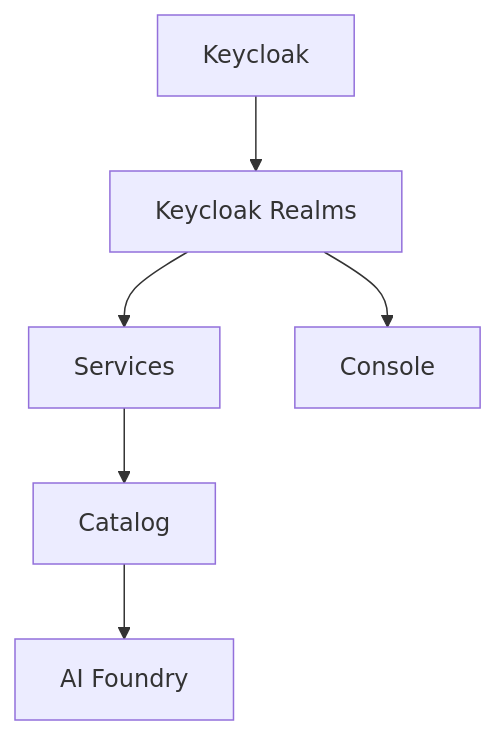
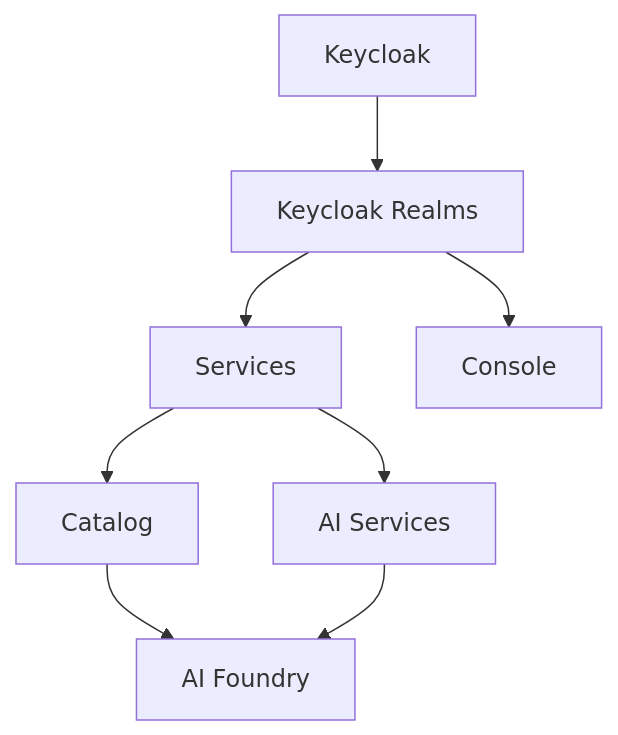
Before and after one commit to mia-platform/on-prem-charts: the diagram in docs/10-overview.md, drawn with Mermaid. The commit also changed other lines of this file and 32 other files, not shown here.

Commit message:
feat: Introduce AI Services chart and related infrastructure and update AI Foundry configurations

````diff
--- a/docs/10-overview.md
+++ b/docs/10-overview.md
@@ -23,8 +24,10 @@
 ```mermaid
 flowchart TD
     A[Keycloak] --> B[Keycloak Realms]
     B --> C[Services]
     C --> D[Catalog]
+    C --> G[AI Services]
     D --> E[AI Foundry]
+    G --> E
     B --> F[Console]
 ```
````
